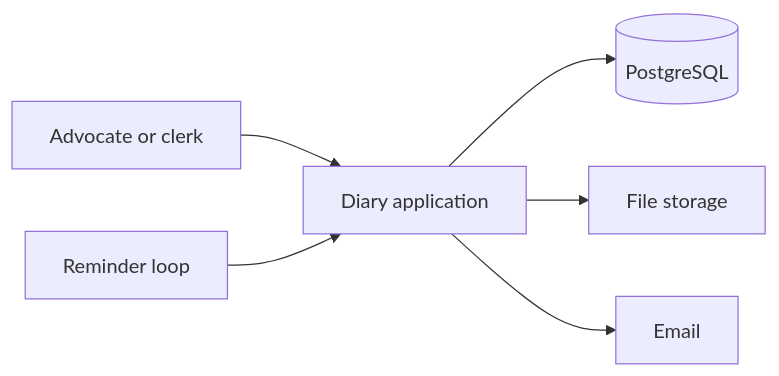
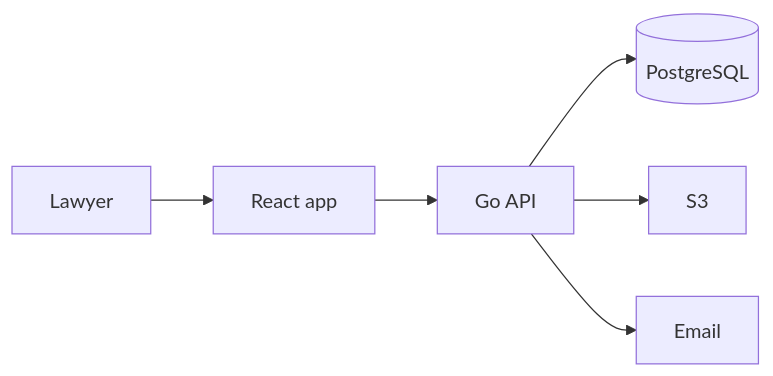
Before and after one commit to JKrishnaKaarthik/advocate-diary: the diagram in docs/hld.md, drawn with Mermaid. The commit also changed other lines of this file and 45 other files, not shown here.

First line of the commit message:
Add the diary app each lawyer keeps for their own cases.

````diff
--- a/docs/hld.md
+++ b/docs/hld.md
@@ -21,15 +22,15 @@
 ```mermaid
 flowchart LR
-  Advocate[Advocate or clerk]
-  Worker[Reminder loop]
-  App[Diary application]
+  Lawyer[Lawyer]
+  React[React app]
+  Go[Go API]
   Db[(PostgreSQL)]
-  Files[File storage]
+  S3[S3]
   Mail[Email]
 
-  Advocate --> App
-  Worker --> App
-  App --> Db
-  App --> Files
-  App --> Mail
+  Lawyer --> React
+  React --> Go
+  Go --> Db
+  Go --> S3
+  Go --> Mail
 ```
````
